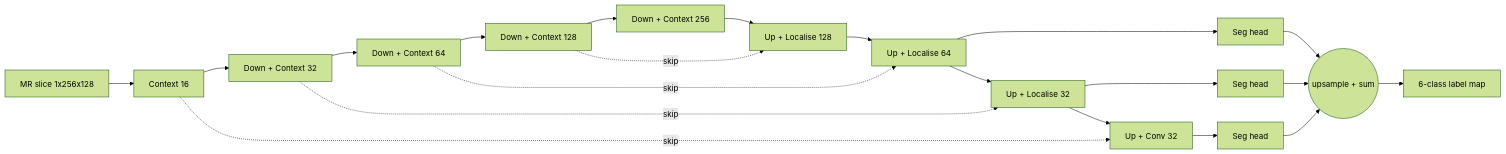
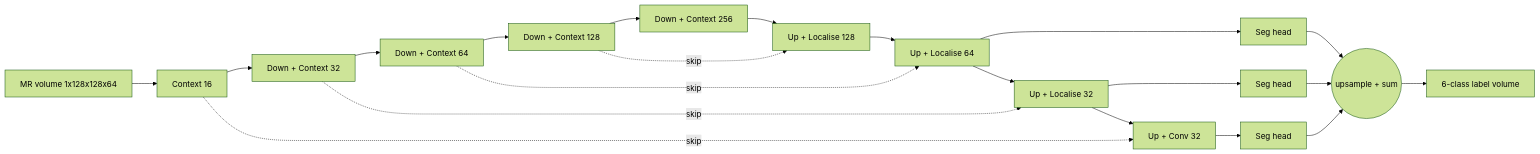
Before and after one commit to Sanchitt16/PatternAnalysis-2026: the diagram in recognition/ImprovedUNet_HipMRI_s4793201/README.md, drawn with Mermaid (forest theme). The commit also changed other lines of this file, not shown here.

````diff
--- a/recognition/ImprovedUNet_HipMRI_s4793201/README.md
+++ b/recognition/ImprovedUNet_HipMRI_s4793201/README.md
@@ -12,16 +14,16 @@
 ```mermaid
 flowchart LR
-  I["MR slice 1x256x128"] --> E0["Context 16"] --> E1["Down + Context 32"] --> E2["Down + Context 64"] --> E3["Down + Context 128"] --> E4["Down + Context 256"]
+  I["MR volume 1x128x128x64"] --> E0["Context 16"] --> E1["Down + Context 32"] --> E2["Down + Context 64"] --> E3["Down + Context 128"] --> E4["Down + Context 256"]
   E4 --> U3["Up + Localise 128"] --> U2["Up + Localise 64"] --> U1["Up + Localise 32"] --> U0["Up + Conv 32"]
   E3 -. skip .-> U3
   E2 -. skip .-> U2
   E1 -. skip .-> U1
   E0 -. skip .-> U0
   U2 --> S2["Seg head"]
   U1 --> S1["Seg head"]
   U0 --> S0["Seg head"]
   S2 --> SUM(("upsample + sum"))
   S1 --> SUM
   S0 --> SUM
-  SUM --> O["6-class label map"]
+  SUM --> O["6-class label volume"]
 ```
````
